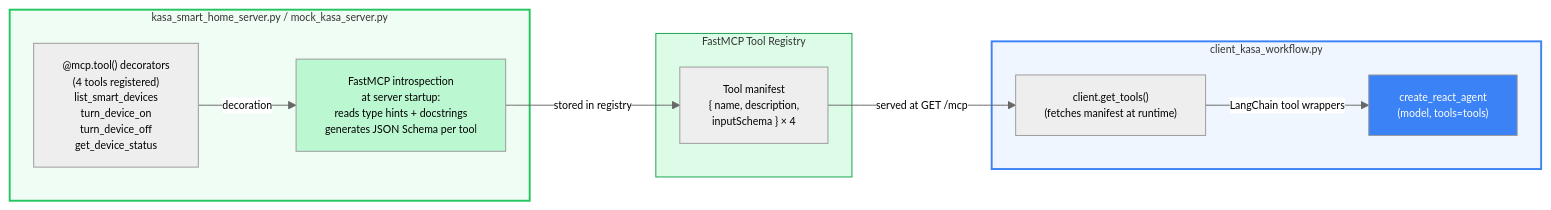
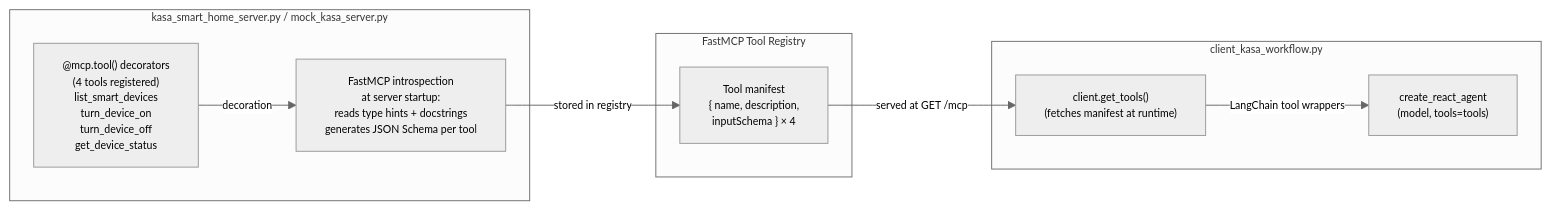
The eighth of 8 diagrams in workflow/workflow.md (the-write-path-code/ch08-model-context-protocol), drawn with Mermaid before and after one commit. The commit also changed other lines of this file, not shown here.

````diff
--- a/workflow/workflow.md
+++ b/workflow/workflow.md
@@ -315,28 +299,23 @@
 ```mermaid
 %%{init: {"theme": "neutral", "themeVariables": {"fontFamily": "Arial, Helvetica, sans-serif", "fontSize": "11px", "actorFontSize": "11px", "noteFontSize": "10px", "messageFontSize": "10px"}}}%%
 flowchart LR
     subgraph SERVER ["kasa_smart_home_server.py / mock_kasa_server.py"]
         DECS["@mcp.tool() decorators\n(4 tools registered)\nlist_smart_devices\nturn_device_on\nturn_device_off\nget_device_status"]
         INTROSPECT["FastMCP introspection\nat server startup:\nreads type hints + docstrings\ngenerates JSON Schema per tool"]
         DECS -->|"decoration"| INTROSPECT
     end
 
     subgraph REGISTRY ["FastMCP Tool Registry"]
         R["Tool manifest\n{ name, description,\n  inputSchema } × 4"]
     end
 
     subgraph CLIENT ["client_kasa_workflow.py"]
         GE["client.get_tools()\n(fetches manifest at runtime)"]
         AGENT["create_react_agent\n(model, tools=tools)"]
         GE -->|"LangChain tool wrappers"| AGENT
     end
 
     INTROSPECT -->|"stored in registry"| R
     R -->|"served at GET /mcp"| GE
 
-    style SERVER fill:#f0fdf4,stroke:#22c55e,stroke-width:2px
-    style REGISTRY fill:#dcfce7,stroke:#16a34a
-    style CLIENT fill:#eff6ff,stroke:#3b82f6,stroke-width:2px
-    style AGENT fill:#3b82f6,color:#fff
-    style INTROSPECT fill:#bbf7d0
 ```
````
